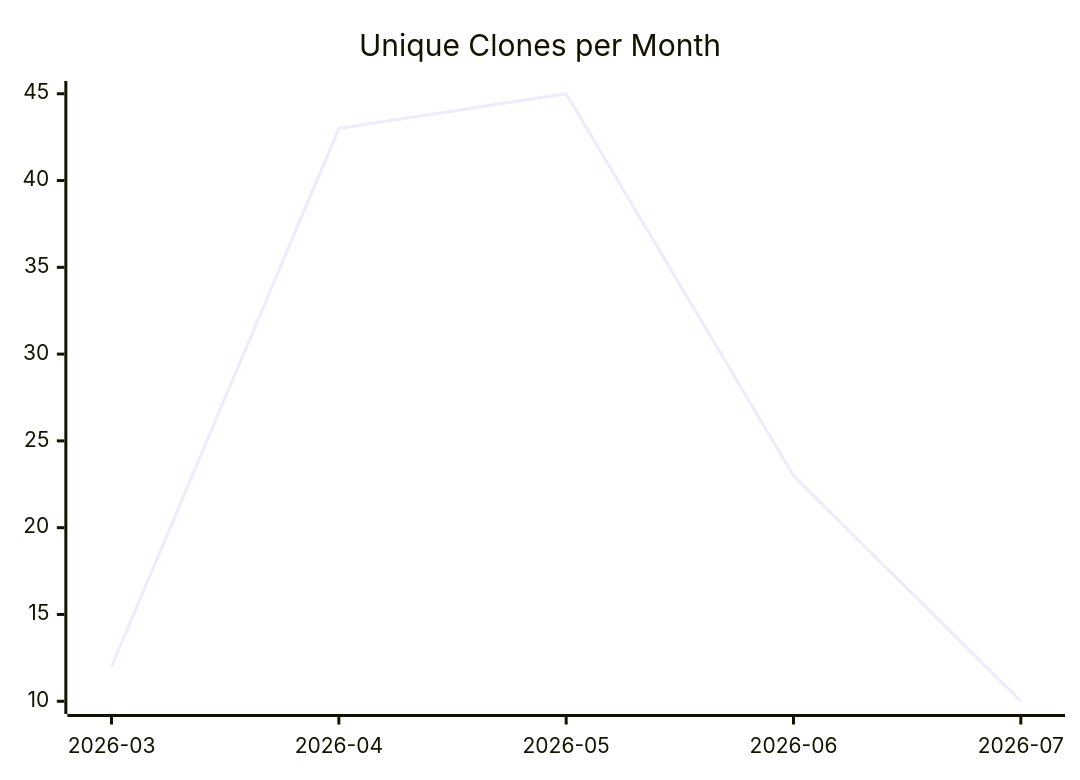
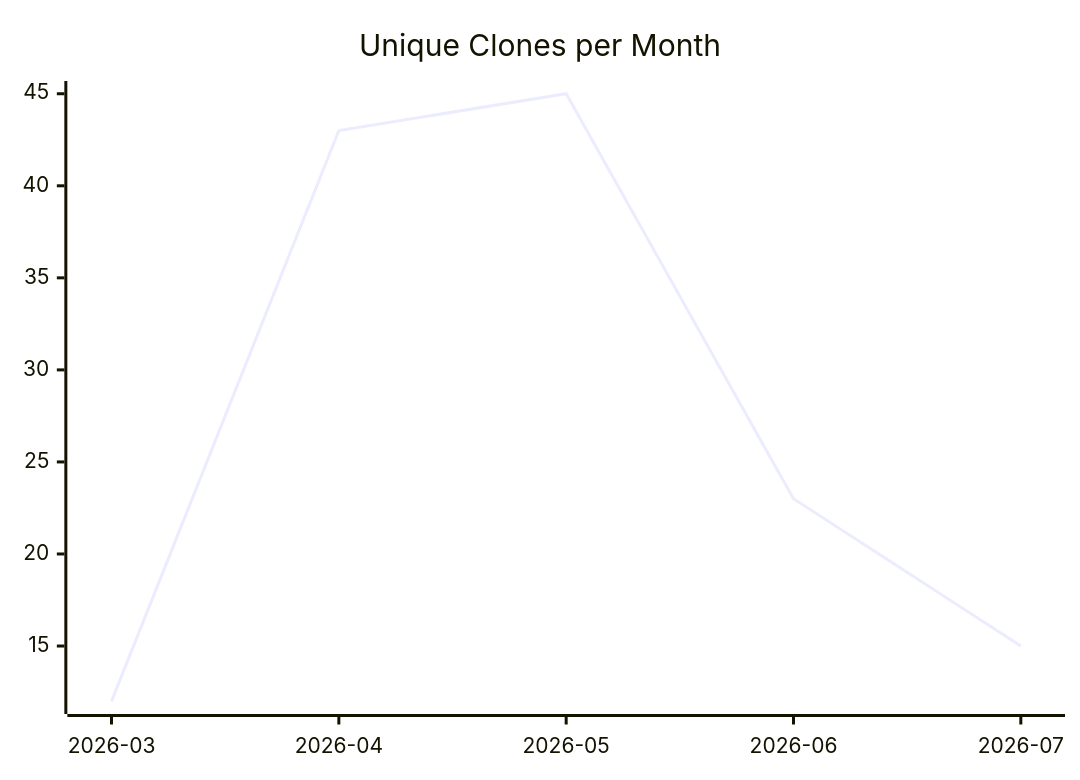
Before and after one commit to justdavis-family/github-analytics-data: the third of 3 diagrams in karlmdavis/ksoap2-android/README.md, drawn with Mermaid. The commit also changed other lines of this file and 185 other files, not shown here.

````diff
--- a/karlmdavis/ksoap2-android/README.md
+++ b/karlmdavis/ksoap2-android/README.md
@@ -19,6 +19,6 @@
 ```mermaid
 xychart-beta
   title "Unique Clones per Month"
   x-axis ["2026-03", "2026-04", "2026-05", "2026-06", "2026-07"]
-  line [12, 43, 45, 23, 10]
+  line [12, 43, 45, 23, 15]
 ```
````
